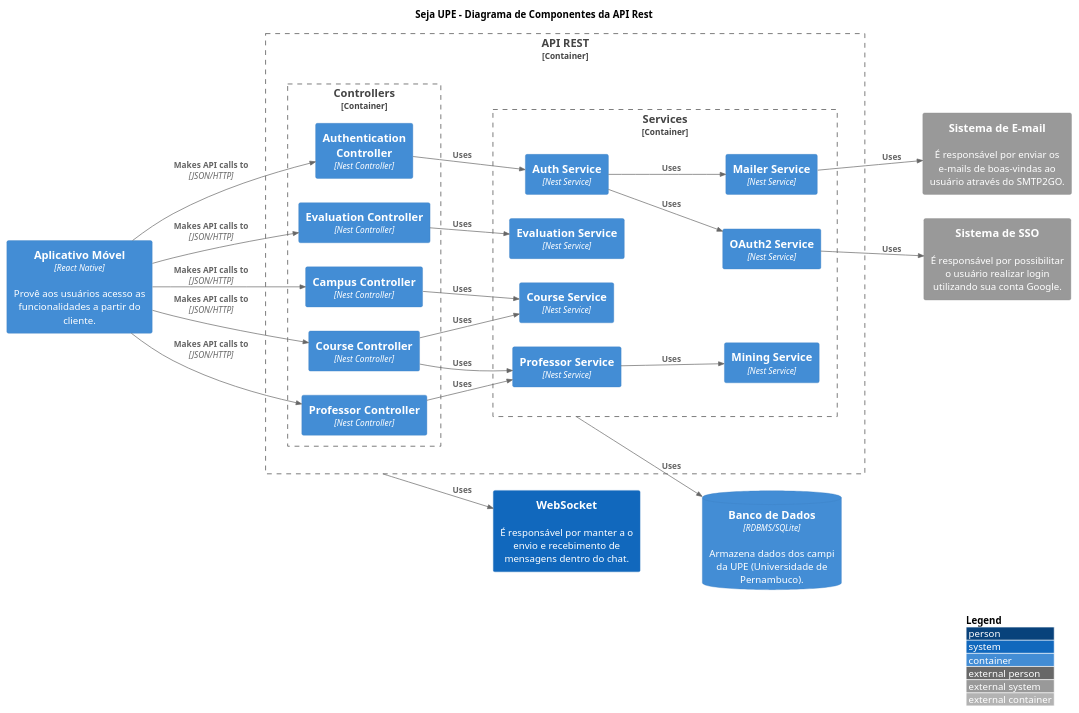
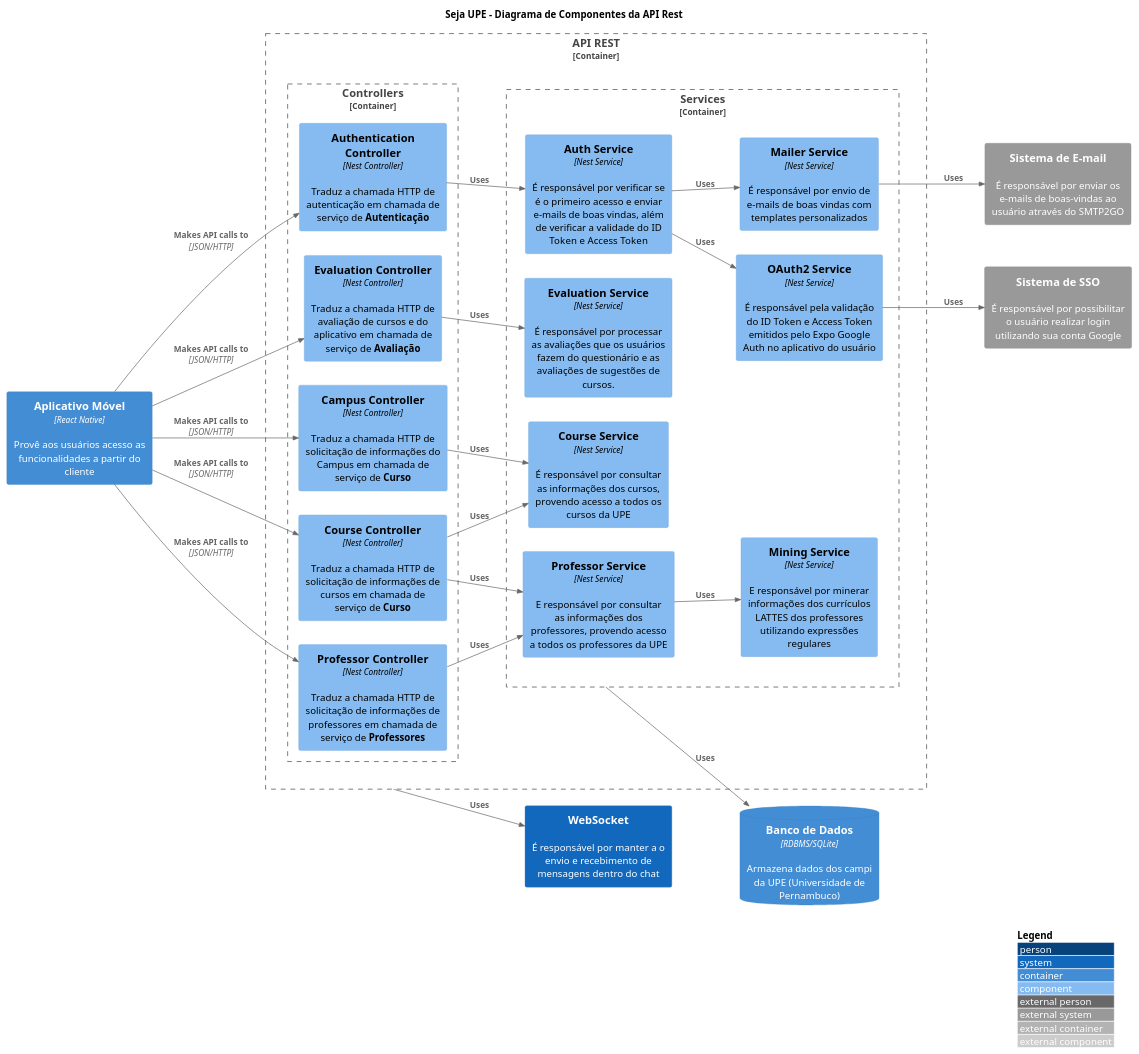
The diagram in src/C1. Visão Geral/C2. Sistema/C3. Endpoints RESTful (Server)/components.puml (MurylloEx/Seja-UPE-Docs), drawn with PlantUML before and after one commit. The commit also changed 1 other file, not shown here.

```diff
--- a/src/C1. Visão Geral/C2. Sistema/C3. Endpoints RESTful (Server)/components.puml
+++ b/src/C1. Visão Geral/C2. Sistema/C3. Endpoints RESTful (Server)/components.puml
@@ -1,61 +1,61 @@
 @startuml "C3 Component Diagram"
 
-!include https://raw.githubusercontent.com/adrianvlupu/C4-PlantUML/latest/C4_Container.puml
+!include https://raw.githubusercontent.com/adrianvlupu/C4-PlantUML/latest/C4_Component.puml
 
 skinparam Style strictuml
 
 LAYOUT_LEFT_RIGHT()
 LAYOUT_WITH_LEGEND()
 
 title "Seja UPE - Diagrama de Componentes da API Rest"
 
-Container(MobileApp, "Aplicativo Móvel", "React Native", "Provê aos usuários acesso as funcionalidades a partir do cliente.")
-ContainerDb(Database, "Banco de Dados", "RDBMS/SQLite", "Armazena dados dos campi da UPE (Universidade de Pernambuco).")
-System(SystemWebsocket, "WebSocket", "É responsável por manter a o envio e recebimento de mensagens dentro do chat.")
-System_Ext(SystemEmail, "Sistema de E-mail", "É responsável por enviar os e-mails de boas-vindas ao usuário através do SMTP2GO.")
-System_Ext(SystemOAuth2, "Sistema de SSO", "É responsável por possibilitar o usuário realizar login utilizando sua conta Google.")
+Container(MobileApp, "Aplicativo Móvel", "React Native", "Provê aos usuários acesso as funcionalidades a partir do cliente")
+ContainerDb(Database, "Banco de Dados", "RDBMS/SQLite", "Armazena dados dos campi da UPE (Universidade de Pernambuco)")
+System(SystemWebsocket, "WebSocket", "É responsável por manter a o envio e recebimento de mensagens dentro do chat")
+System_Ext(SystemEmail, "Sistema de E-mail", "É responsável por enviar os e-mails de boas-vindas ao usuário através do SMTP2GO")
+System_Ext(SystemOAuth2, "Sistema de SSO", "É responsável por possibilitar o usuário realizar login utilizando sua conta Google")
 
 Container_Boundary(SystemApi, "API REST") {
 
   Container_Boundary(SystemControllers, "Controllers") {
-    Container(AuthController, "Authentication Controller", "Nest Controller", "")
-    Container(CampusController, "Campus Controller", "Nest Controller", "")
-    Container(EvaluationController, "Evaluation Controller", "Nest Controller", "")
-    Container(CourseController, "Course Controller", "Nest Controller", "")
-    Container(ProfessorController, "Professor Controller", "Nest Controller", "")
+    Component(AuthController, "Authentication Controller", "Nest Controller", "Traduz a chamada HTTP de autenticação em chamada de serviço de <b>Autenticação</b>")
+    Component(CampusController, "Campus Controller", "Nest Controller", "Traduz a chamada HTTP de solicitação de informações do Campus em chamada de serviço de <b>Curso</b>")
+    Component(EvaluationController, "Evaluation Controller", "Nest Controller", "Traduz a chamada HTTP de avaliação de cursos e do aplicativo em chamada de serviço de <b>Avaliação</b>")
+    Component(CourseController, "Course Controller", "Nest Controller", "Traduz a chamada HTTP de solicitação de informações de cursos em chamada de serviço de <b>Curso</b>")
+    Component(ProfessorController, "Professor Controller", "Nest Controller", "Traduz a chamada HTTP de solicitação de informações de professores em chamada de serviço de <b>Professores</b>")
 
     Rel(MobileApp, AuthController, "Makes API calls to", "JSON/HTTP")
     Rel(MobileApp, CampusController, "Makes API calls to", "JSON/HTTP")
     Rel(MobileApp, EvaluationController, "Makes API calls to", "JSON/HTTP")
     Rel(MobileApp, CourseController, "Makes API calls to","JSON/HTTP")
     Rel(MobileApp, ProfessorController, "Makes API calls to","JSON/HTTP")
   }
 
   Container_Boundary(SystemServices, "Services") {
-    Container(AuthService, "Auth Service", "Nest Service", "")
-    Container(MailerService, "Mailer Service", "Nest Service", "")
-    Container(OAuth2Service, "OAuth2 Service", "Nest Service", "")
-    Container(EvaluationService, "Evaluation Service", "Nest Service", "")
-    Container(CourseService, "Course Service", "Nest Service", "")
-    Container(ProfessorService, "Professor Service", "Nest Service", "")
-    Container(MiningService, "Mining Service", "Nest Service", "")
+    Component(AuthService, "Auth Service", "Nest Service", "É responsável por verificar se é o primeiro acesso e enviar e-mails de boas vindas, além de verificar a validade do ID Token e Access Token")
+    Component(MailerService, "Mailer Service", "Nest Service", "É responsável por envio de e-mails de boas vindas com templates personalizados")
+    Component(OAuth2Service, "OAuth2 Service", "Nest Service", "É responsável pela validação do ID Token e Access Token emitidos pelo Expo Google Auth no aplicativo do usuário")
+    Component(EvaluationService, "Evaluation Service", "Nest Service", "É responsável por processar as avaliações que os usuários fazem do questionário e as avaliações de sugestões de cursos.")
+    Component(CourseService, "Course Service", "Nest Service", "É responsável por consultar as informações dos cursos, provendo acesso a todos os cursos da UPE")
+    Component(ProfessorService, "Professor Service", "Nest Service", "E responsável por consultar as informações dos professores, provendo acesso a todos os professores da UPE")
+    Component(MiningService, "Mining Service", "Nest Service", "E responsável por minerar informações dos currículos LATTES dos professores utilizando expressões regulares")
     
     Rel(AuthController, AuthService, "Uses")
     Rel(CampusController, CourseService, "Uses" )
     Rel(EvaluationController, EvaluationService, "Uses")
     Rel(CourseController, CourseService, "Uses")
     Rel(CourseController, ProfessorService, "Uses")
     Rel(ProfessorController, ProfessorService, "Uses")
     Rel(AuthService, MailerService, "Uses")
     Rel(AuthService, OAuth2Service, "Uses")
     Rel(ProfessorService, MiningService, "Uses")
   }
 
   Rel(MailerService, SystemEmail, "Uses")
   Rel(OAuth2Service, SystemOAuth2, "Uses")
   Rel(SystemApi, SystemWebsocket, "Uses")
   Rel(SystemServices, Database, "Uses")
 
 }
 
 @enduml
```
